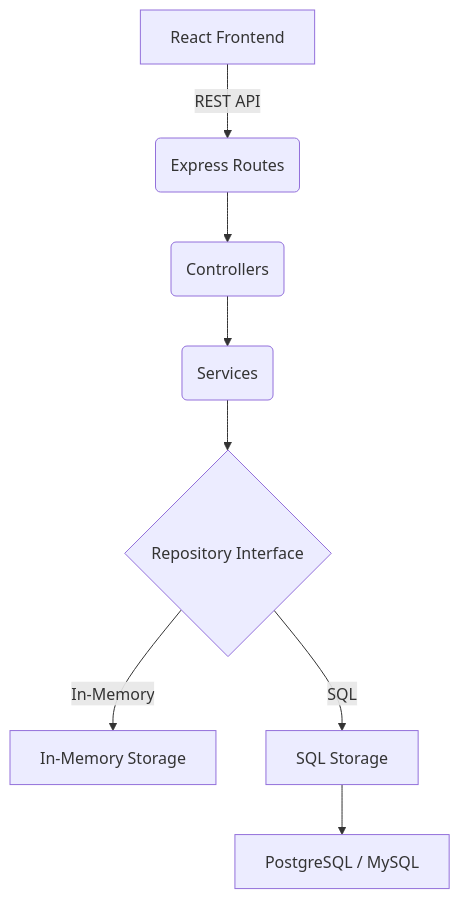
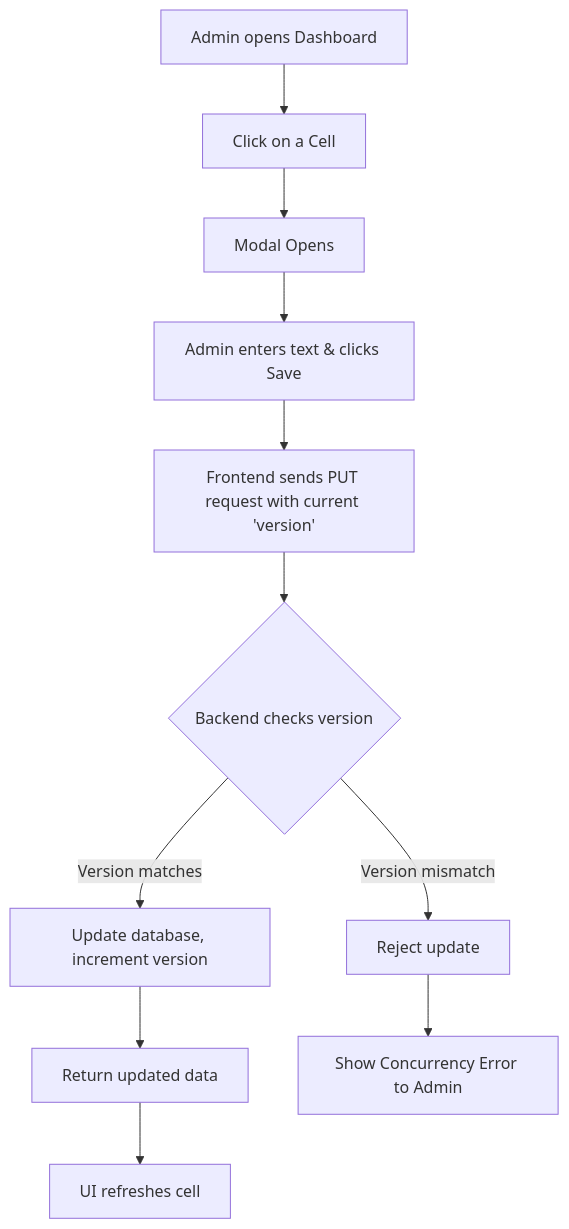
Before and after one commit to ranjanj17/day-status-management-system: the third of 5 diagrams in README.md, drawn with Mermaid. The commit also changed other lines of this file, not shown here.

Commit message:
docs: Completely rewrite README with architecture diagrams and production documentation

````diff
--- a/README.md
+++ b/README.md
@@ -20,10 +124,13 @@
 ```mermaid
-graph TD
-  A[React Frontend] -->|REST API| B(Express Routes)
-  B --> C(Controllers)
-  C --> D(Services)
-  D --> E{Repository Interface}
-  E -->|In-Memory| F[In-Memory Storage]
-  E -->|SQL| G[SQL Storage]
-  G --> H[PostgreSQL / MySQL]
+flowchart TD
+    A[Admin opens Dashboard] --> B[Click on a Cell]
+    B --> C[Modal Opens]
+    C --> D[Admin enters text & clicks Save]
+    D --> E[Frontend sends PUT request with current 'version']
+    E --> F{Backend checks version}
+    F -->|Version matches| G[Update database, increment version]
+    G --> H[Return updated data]
+    H --> I[UI refreshes cell]
+    F -->|Version mismatch| J[Reject update]
+    J --> K[Show Concurrency Error to Admin]
 ```
````
